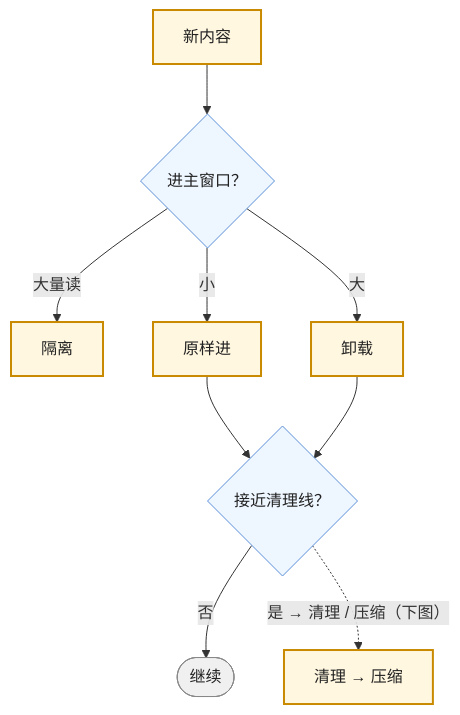
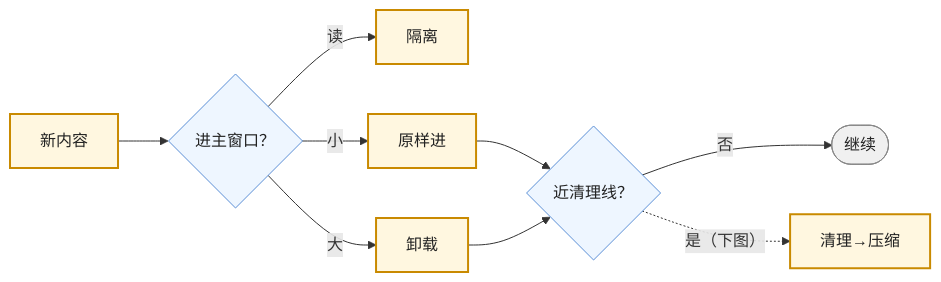
Before and after one commit to arganzheng/arganzheng.github.com: the third of 5 diagrams in slides/2026-10-11-context-engineering.md, drawn with Mermaid. The commit also changed other lines of this file, not shown here.

Commit message:
slides(2026-10-11-context-engineering): 图内文字 ≥14px——标签缩短/拆分/Unicode 数学

````diff
--- a/slides/2026-10-11-context-engineering.md
+++ b/slides/2026-10-11-context-engineering.md
@@ -108,19 +104,18 @@
 ```mermaid
 %%{init: {"flowchart": {"wrappingWidth": 190}}}%%
-flowchart TB
+flowchart LR
     IN["新内容"] --> Q1{"进主窗口？"}
-    Q1 -->|"大量读"| ISO["隔离"]
+    Q1 -->|"读"| ISO["隔离"]
     Q1 -->|"大"| OFF["卸载"]
     Q1 -->|"小"| ADD["原样进"]
-    ADD --> Q2{"接近清理线？"}
-    OFF --> Q2
+    ADD & OFF --> Q2{"近清理线？"}
     Q2 -->|"否"| GO(["继续"])
-    Q2 -. "是 → 清理 / 压缩（下图）" .-> CLR["清理 → 压缩"]
+    Q2 -. "是（下图）" .-> CLR["清理→压缩"]
 
     classDef step fill:#fff7e0,stroke:#c98a00,stroke-width:2px,color:#222
     classDef dec fill:#eef6ff,stroke:#5b8fd6,color:#222
     classDef stop fill:#f0f0f0,stroke:#888,color:#222
     class IN,ISO,OFF,ADD,CLR step
     class Q1,Q2 dec
     class GO stop
 ```
````
